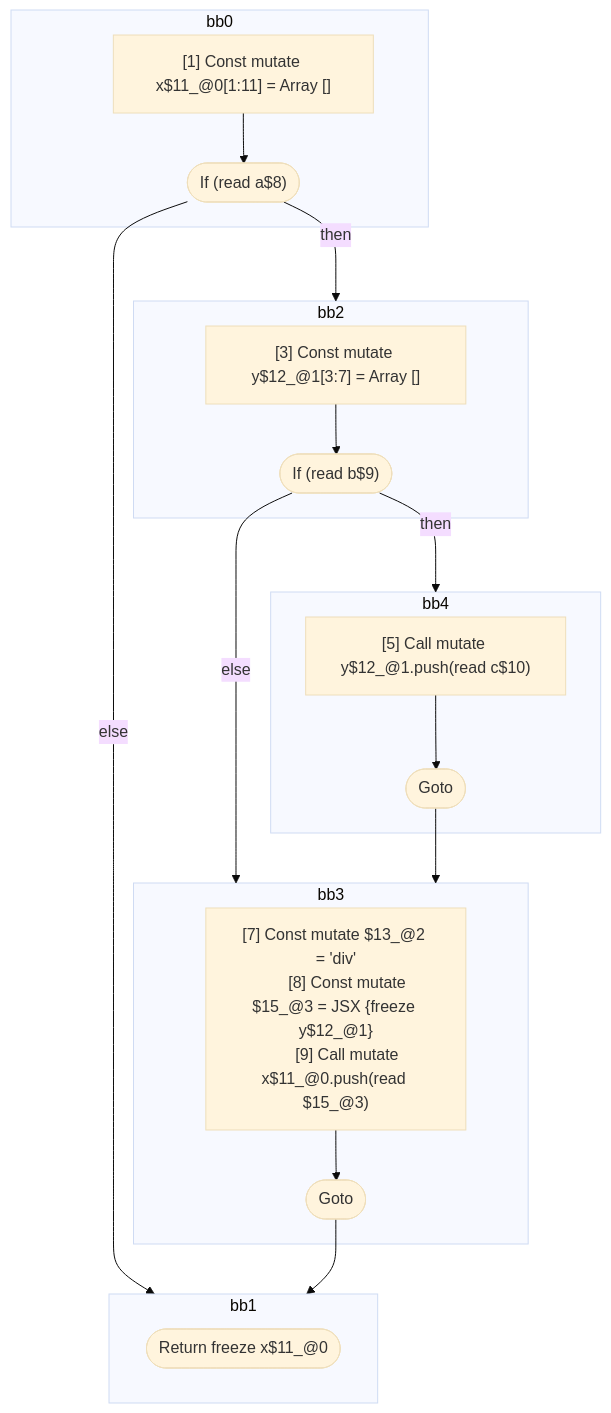
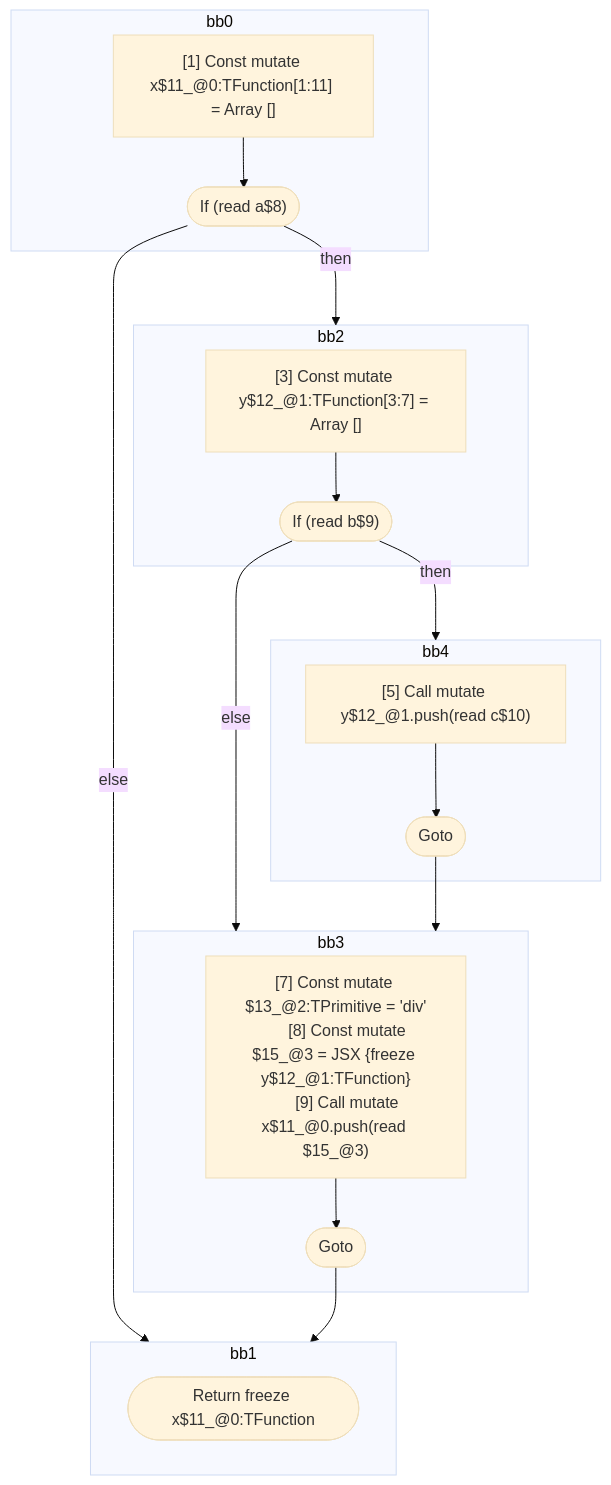
One commit to wutsmog/private changed the diagram in compiler/forget/src/__tests__/fixtures/hir/overlapping-scopes-shadowing-within-block.expect.md. Above: the diagram before and after it, drawn with Mermaid (base theme). The commit also changed other lines of this file and 112 other files, not shown here.

````diff
--- a/compiler/forget/src/__tests__/fixtures/hir/overlapping-scopes-shadowing-within-block.expect.md
+++ b/compiler/forget/src/__tests__/fixtures/hir/overlapping-scopes-shadowing-within-block.expect.md
@@ -84,42 +84,42 @@
 ```mermaid
 flowchart TB
   %% Basic Blocks
   subgraph bb0
     bb0_instrs["
-      [1] Const mutate x$11_@0[1:11] = Array []
+      [1] Const mutate x$11_@0:TFunction[1:11] = Array []
     "]
     bb0_instrs --> bb0_terminal(["If (read a$8)"])
   end
   subgraph bb2
     bb2_instrs["
-      [3] Const mutate y$12_@1[3:7] = Array []
+      [3] Const mutate y$12_@1:TFunction[3:7] = Array []
     "]
     bb2_instrs --> bb2_terminal(["If (read b$9)"])
   end
   subgraph bb4
     bb4_instrs["
       [5] Call mutate y$12_@1.push(read c$10)
     "]
     bb4_instrs --> bb4_terminal(["Goto"])
   end
   subgraph bb3
     bb3_instrs["
-      [7] Const mutate $13_@2 = 'div'
-      [8] Const mutate $15_@3 = JSX <read $13_@2>{freeze y$12_@1}</read $13_@2>
+      [7] Const mutate $13_@2:TPrimitive = 'div'
+      [8] Const mutate $15_@3 = JSX <read $13_@2:TPrimitive>{freeze y$12_@1:TFunction}</read $13_@2:TPrimitive>
       [9] Call mutate x$11_@0.push(read $15_@3)
     "]
     bb3_instrs --> bb3_terminal(["Goto"])
   end
   subgraph bb1
-    bb1_terminal(["Return freeze x$11_@0"])
+    bb1_terminal(["Return freeze x$11_@0:TFunction"])
   end
 
   %% Jumps
   bb0_terminal -- "then" --> bb2
   bb0_terminal -- "else" --> bb1
   bb2_terminal -- "then" --> bb4
   bb2_terminal -- "else" --> bb3
   bb4_terminal --> bb3
   bb3_terminal --> bb1
 
 ```
````
